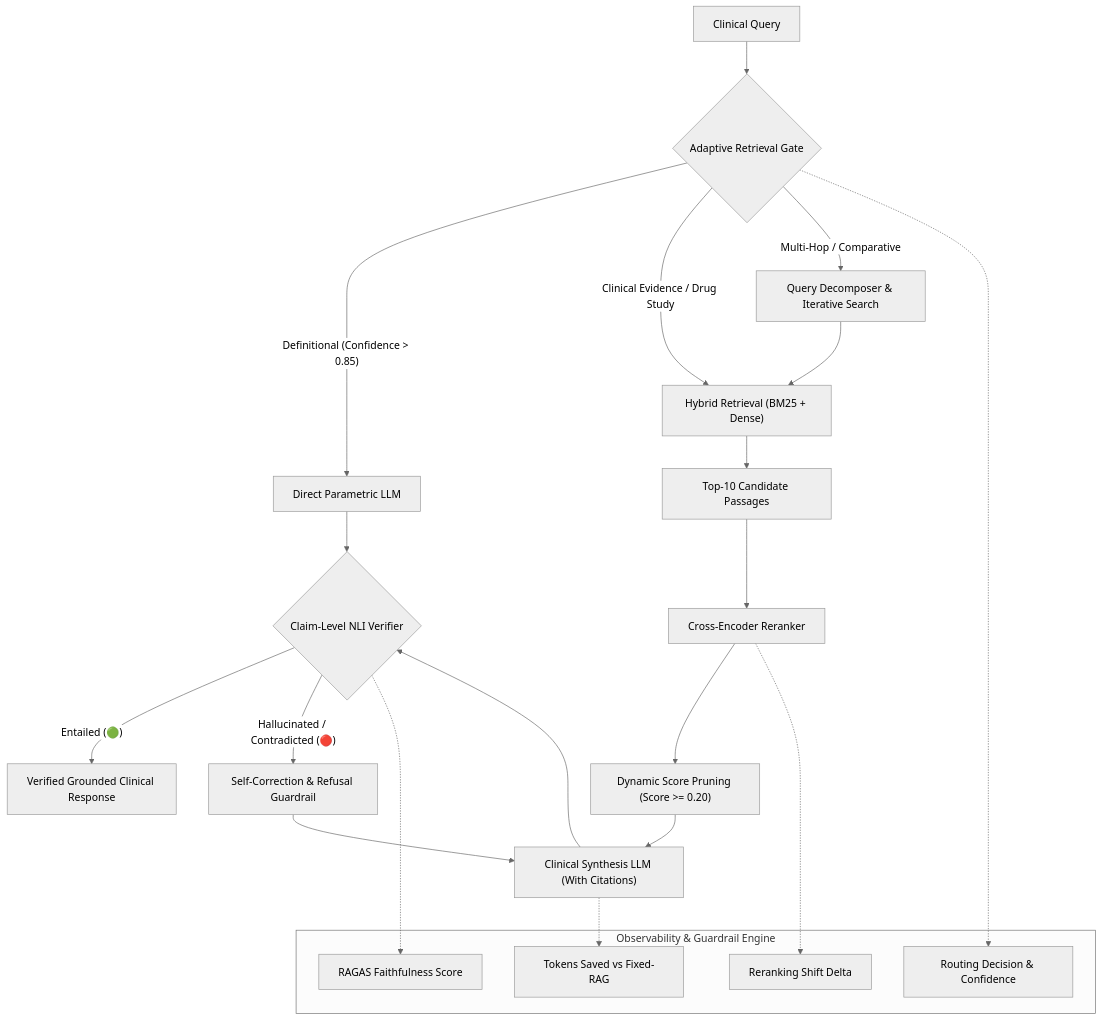
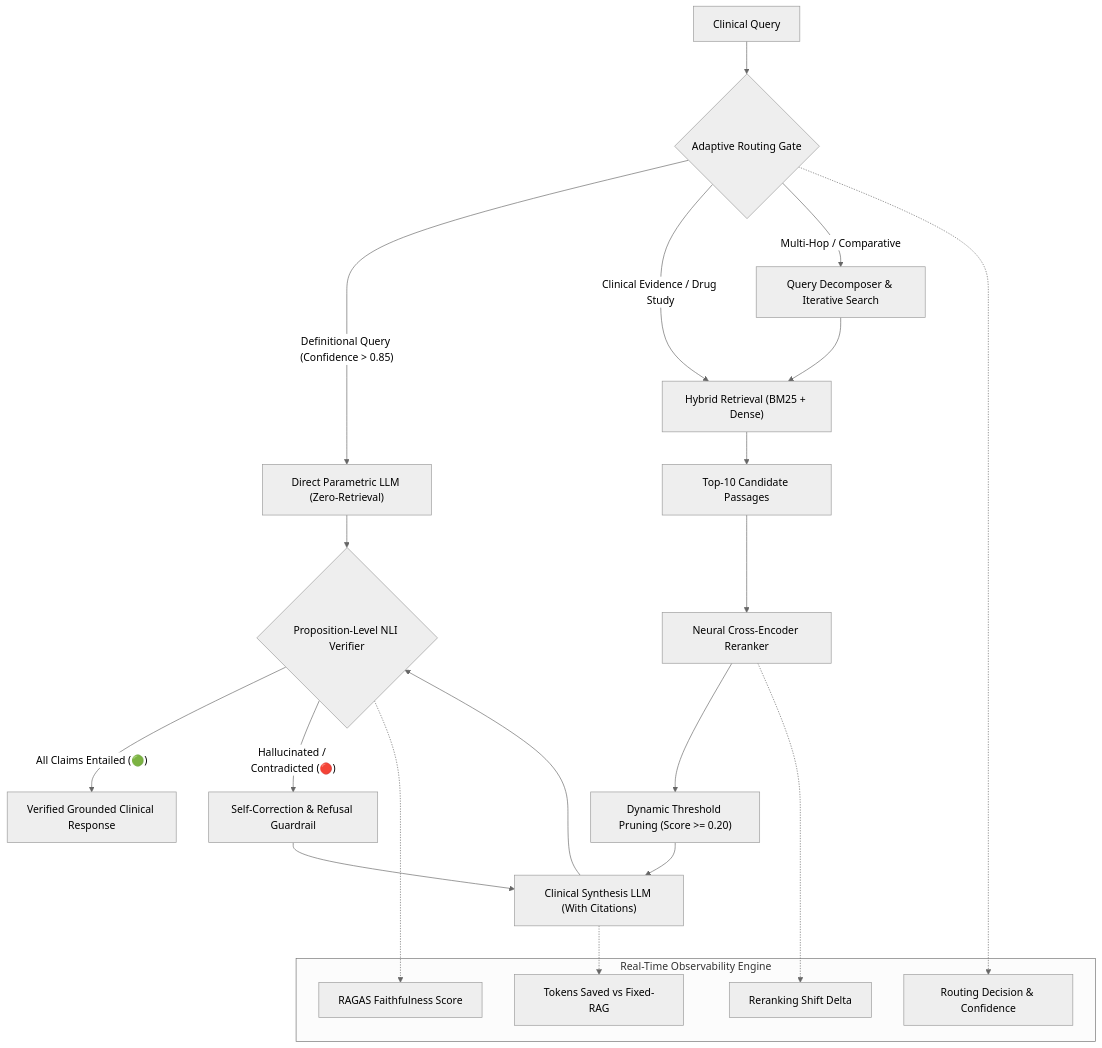
Before and after one commit to SKD151105/MedVerify: the diagram in README.md, drawn with Mermaid (neutral theme). The commit also changed other lines of this file and 5 other files, not shown here.

````diff
--- a/README.md
+++ b/README.md
@@ -27,33 +28,33 @@
 ```mermaid
 flowchart TD
-    UserQuery["Clinical Query"] --> Router{"Adaptive Retrieval Gate"}
+    UserQuery["Clinical Query"] --> Router{"Adaptive Routing Gate"}
 
-    Router -- "Definitional (Confidence > 0.85)" --> DirectLLM["Direct Parametric LLM"]
+    Router -- "Definitional Query (Confidence > 0.85)" --> DirectLLM["Direct Parametric LLM (Zero-Retrieval)"]
     Router -- "Clinical Evidence / Drug Study" --> HybridRetriever["Hybrid Retrieval (BM25 + Dense)"]
     Router -- "Multi-Hop / Comparative" --> Decomposer["Query Decomposer & Iterative Search"]
 
     Decomposer --> HybridRetriever
     HybridRetriever --> RawHits["Top-10 Candidate Passages"]
-    RawHits --> CrossEncoder["Cross-Encoder Reranker"]
-    CrossEncoder --> Pruning["Dynamic Score Pruning (Score >= 0.20)"]
+    RawHits --> CrossEncoder["Neural Cross-Encoder Reranker"]
+    CrossEncoder --> Pruning["Dynamic Threshold Pruning (Score >= 0.20)"]
     
     Pruning --> Generator["Clinical Synthesis LLM (With Citations)"]
     DirectLLM --> Verifier
-    Generator --> Verifier{"Claim-Level NLI Verifier"}
+    Generator --> Verifier{"Proposition-Level NLI Verifier"}
 
-    Verifier -- "Entailed (🟢)" --> Output["Verified Grounded Clinical Response"]
+    Verifier -- "All Claims Entailed (🟢)" --> Output["Verified Grounded Clinical Response"]
     Verifier -- "Hallucinated / Contradicted (🔴)" --> Correction["Self-Correction & Refusal Guardrail"]
     Correction --> Generator
 
-    subgraph Telemetry ["Observability & Guardrail Engine"]
+    subgraph Telemetry ["Real-Time Observability Engine"]
         RouteMetric["Routing Decision & Confidence"]
         RerankMetric["Reranking Shift Delta"]
         CostMetric["Tokens Saved vs Fixed-RAG"]
         FaithfulnessMetric["RAGAS Faithfulness Score"]
     end
 
     Router -.-> RouteMetric
     CrossEncoder -.-> RerankMetric
     Verifier -.-> FaithfulnessMetric
     Generator -.-> CostMetric
 ```
````
